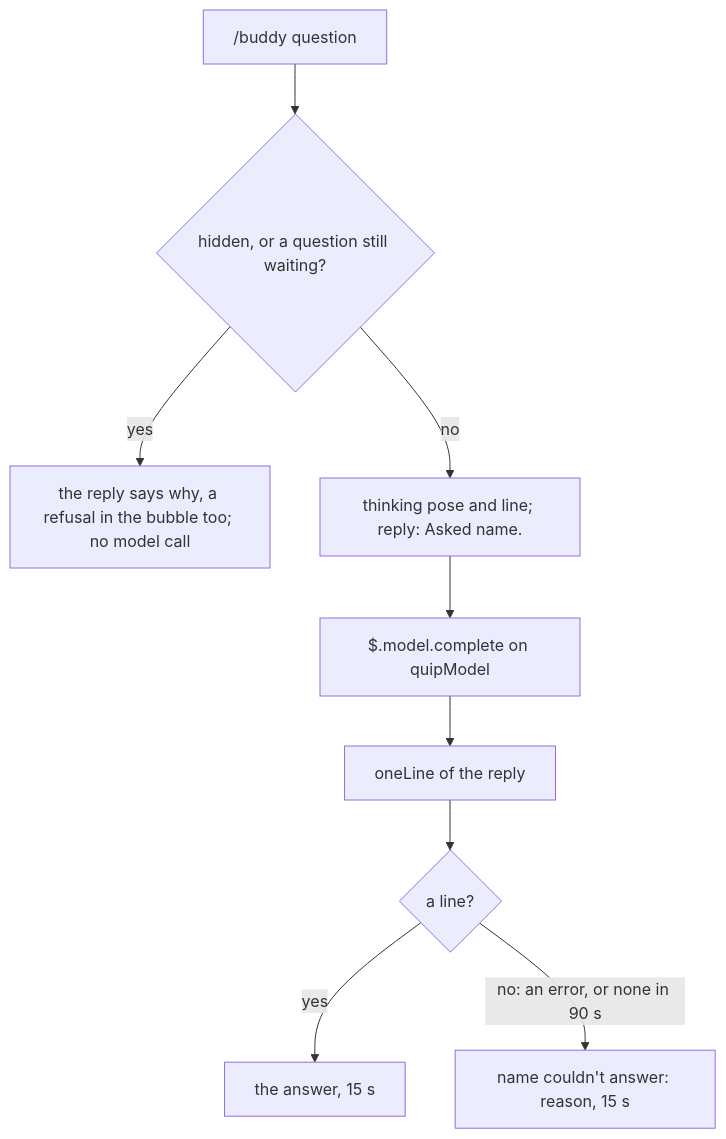
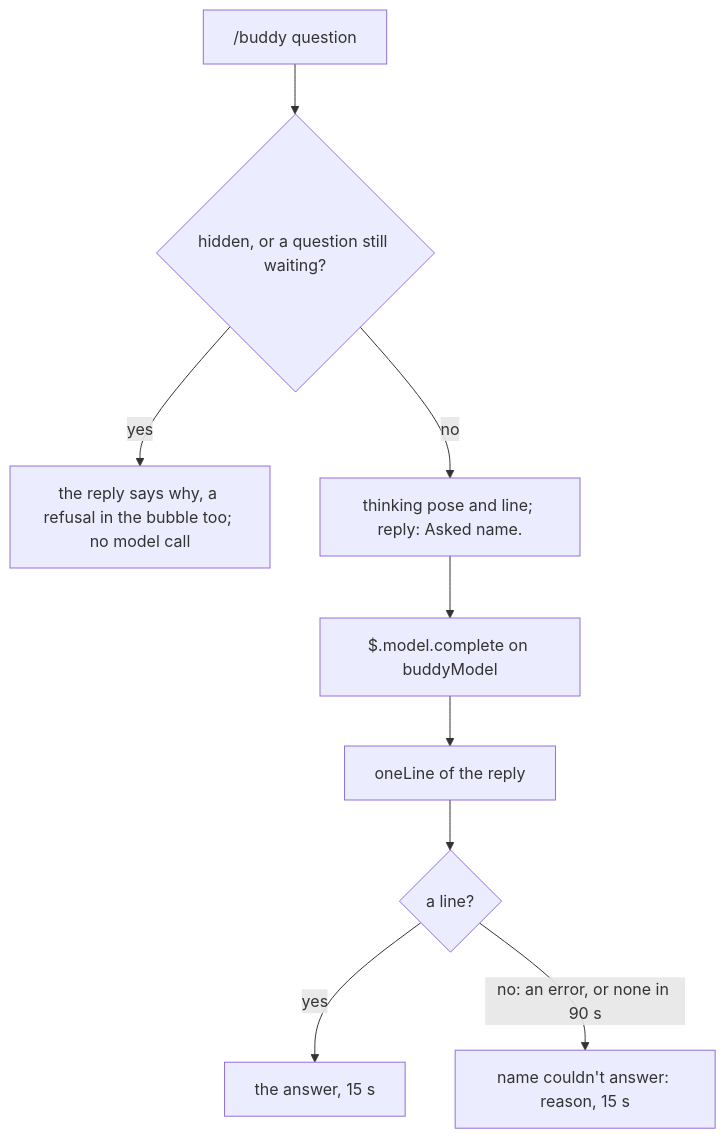
Before and after one commit to rezzminator/buddy: the diagram in docs/design/voice.md, drawn with Mermaid. The commit also changed other lines of this file and 32 other files, not shown here.

````diff
--- a/docs/design/voice.md
+++ b/docs/design/voice.md
@@ -12,11 +12,11 @@
 ```mermaid
 flowchart TD
   Q["/buddy question"] --> Off{"hidden, or a question still waiting?"}
   Off -->|yes| Say["the reply says why, a refusal in the bubble too; no model call"]
   Off -->|no| T["thinking pose and line; reply: Asked name."]
-  T --> C["$.model.complete on quipModel"]
+  T --> C["$.model.complete on buddyModel"]
   C --> L["oneLine of the reply"]
   L --> A{"a line?"}
   A -->|yes| Ans["the answer, 15 s"]
   A -->|"no: an error, or none in 90 s"| Lost["name couldn't answer: reason, 15 s"]
 ```
````
